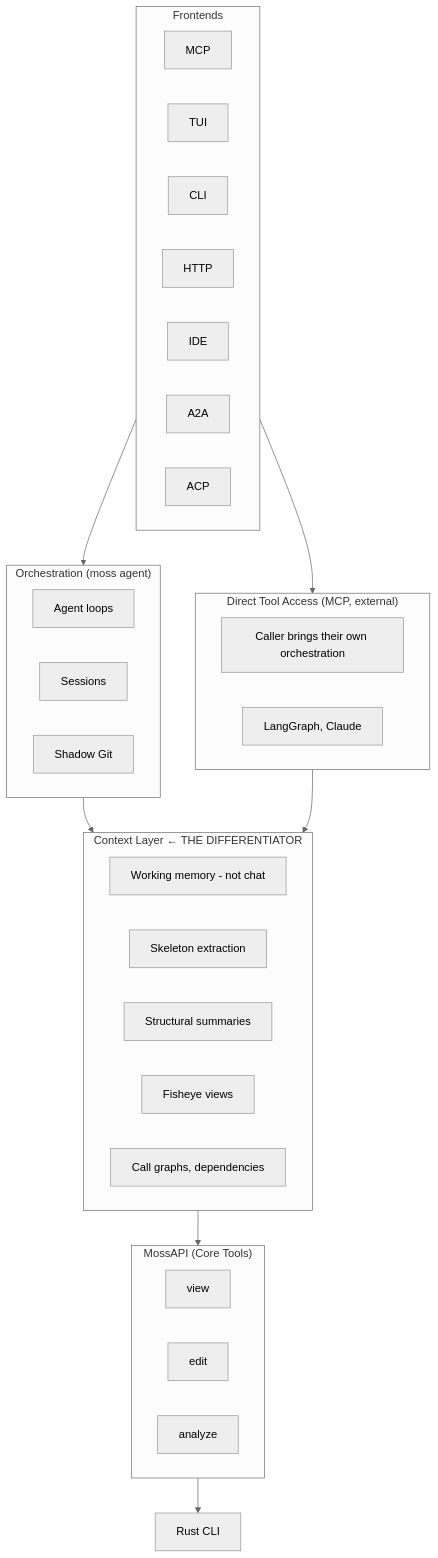
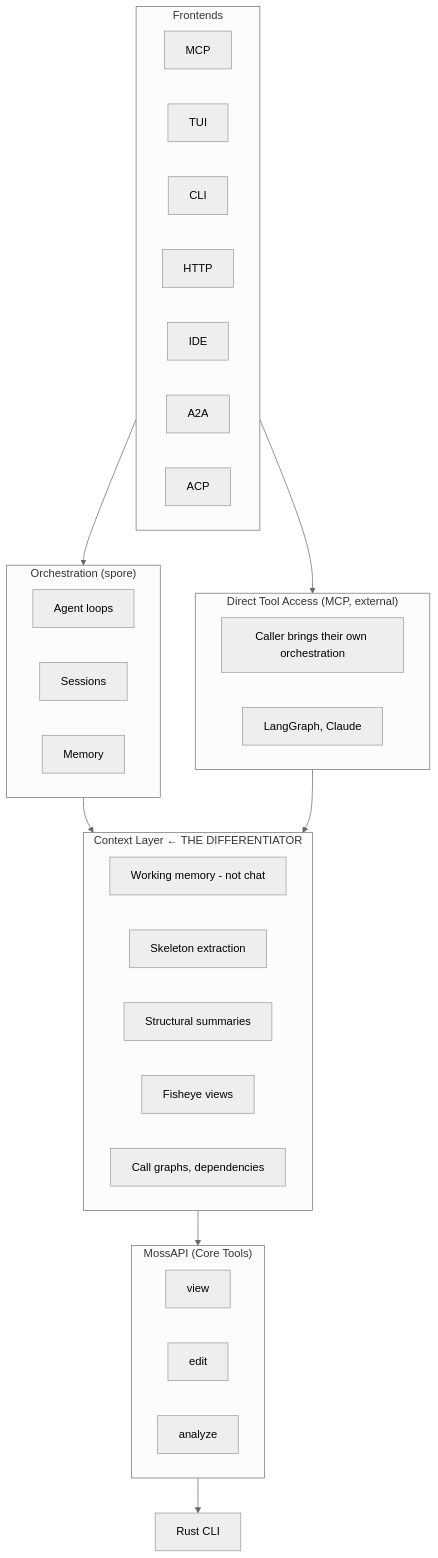
The diagram in docs/langgraph-evaluation.md (rhizome-lab/moss), drawn with Mermaid (neutral theme) before and after one commit. The commit also changed other lines of this file and 17 other files, not shown here.

First line of the commit message:
docs: archive agent/workflow docs after spore split

````diff
--- a/docs/langgraph-evaluation.md
+++ b/docs/langgraph-evaluation.md
@@ -13,39 +13,39 @@
 ```mermaid
 flowchart TB
     subgraph Frontends
         MCP & TUI & CLI & HTTP & IDE & A2A & ACP
     end
 
     Frontends --> Orchestration
     Frontends --> DirectAccess
 
-    subgraph Orchestration["Orchestration (moss agent)"]
+    subgraph Orchestration["Orchestration (spore)"]
         O1[Agent loops]
         O2[Sessions]
-        O3[Shadow Git]
+        O3[Memory]
     end
 
     subgraph DirectAccess["Direct Tool Access (MCP, external)"]
         D1[Caller brings their own orchestration]
         D2[LangGraph, Claude]
     end
 
     Orchestration --> ContextLayer
     DirectAccess --> ContextLayer
 
     subgraph ContextLayer["Context Layer ← THE DIFFERENTIATOR"]
         C1[Working memory - not chat]
         C2[Skeleton extraction]
         C3[Structural summaries]
         C4[Fisheye views]
         C5[Call graphs, dependencies]
     end
 
     ContextLayer --> MossAPI
 
     subgraph MossAPI["MossAPI (Core Tools)"]
         view & edit & analyze
     end
 
     MossAPI --> RustCLI[Rust CLI]
 ```
````
